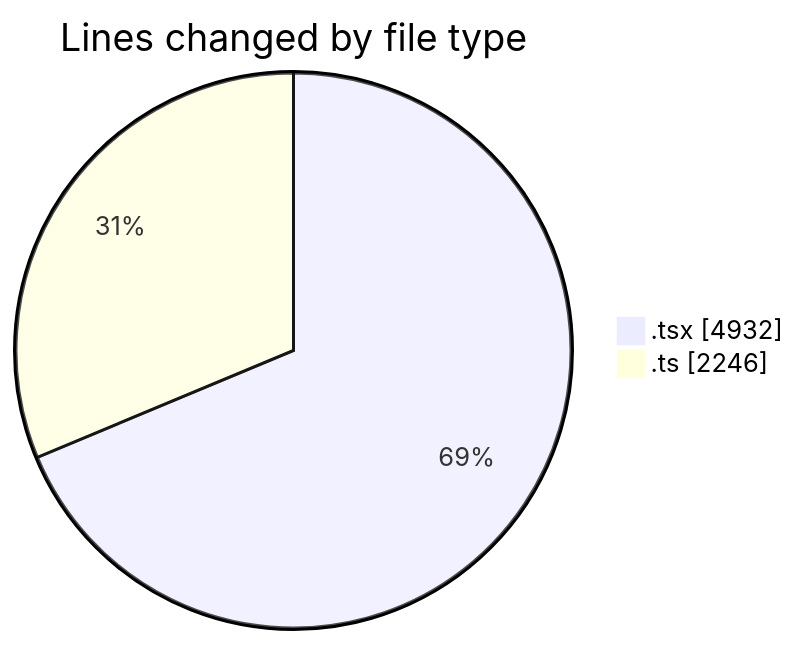
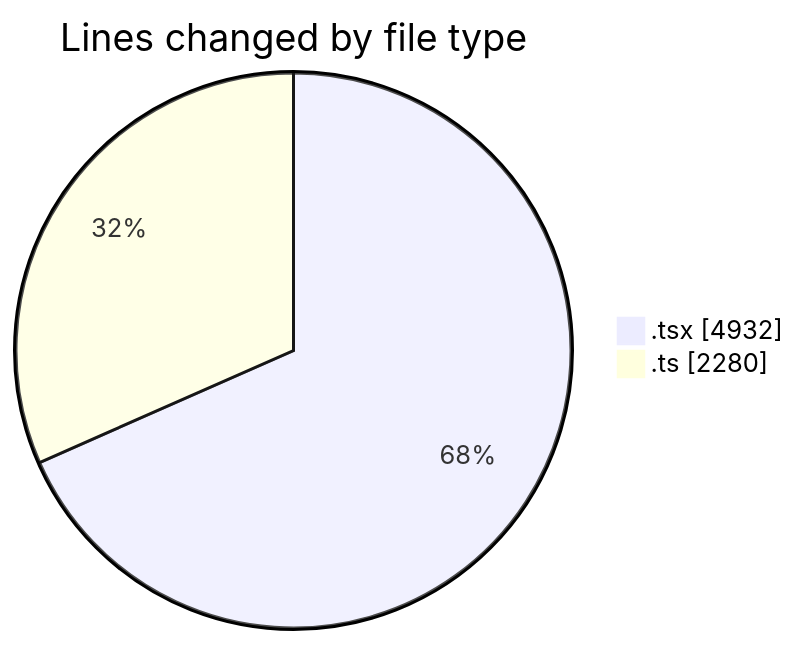
Before and after one commit to nxtqubesakshisongat/code-tracking: the first of 2 diagrams in 2026-02-26/nxtqube_webapp/README.md, drawn with Mermaid. The commit also changed other lines of this file and 1 other file, not shown here.

````diff
--- a/2026-02-26/nxtqube_webapp/README.md
+++ b/2026-02-26/nxtqube_webapp/README.md
@@ -33,6 +33,6 @@
 ```mermaid
 pie showData
 title Lines changed by file type
 ".tsx" : 4932
-".ts" : 2246
+".ts" : 2280
 ```
````
